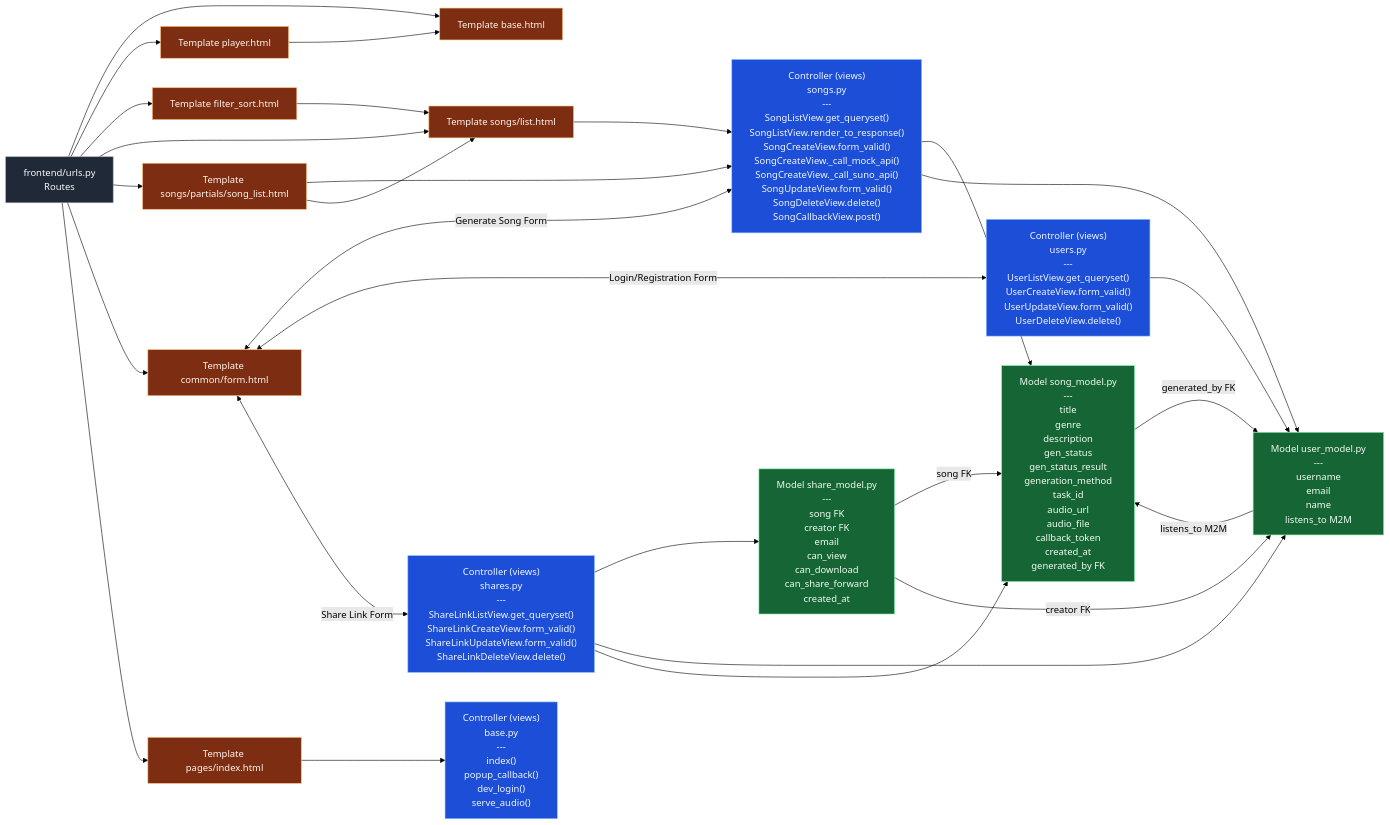
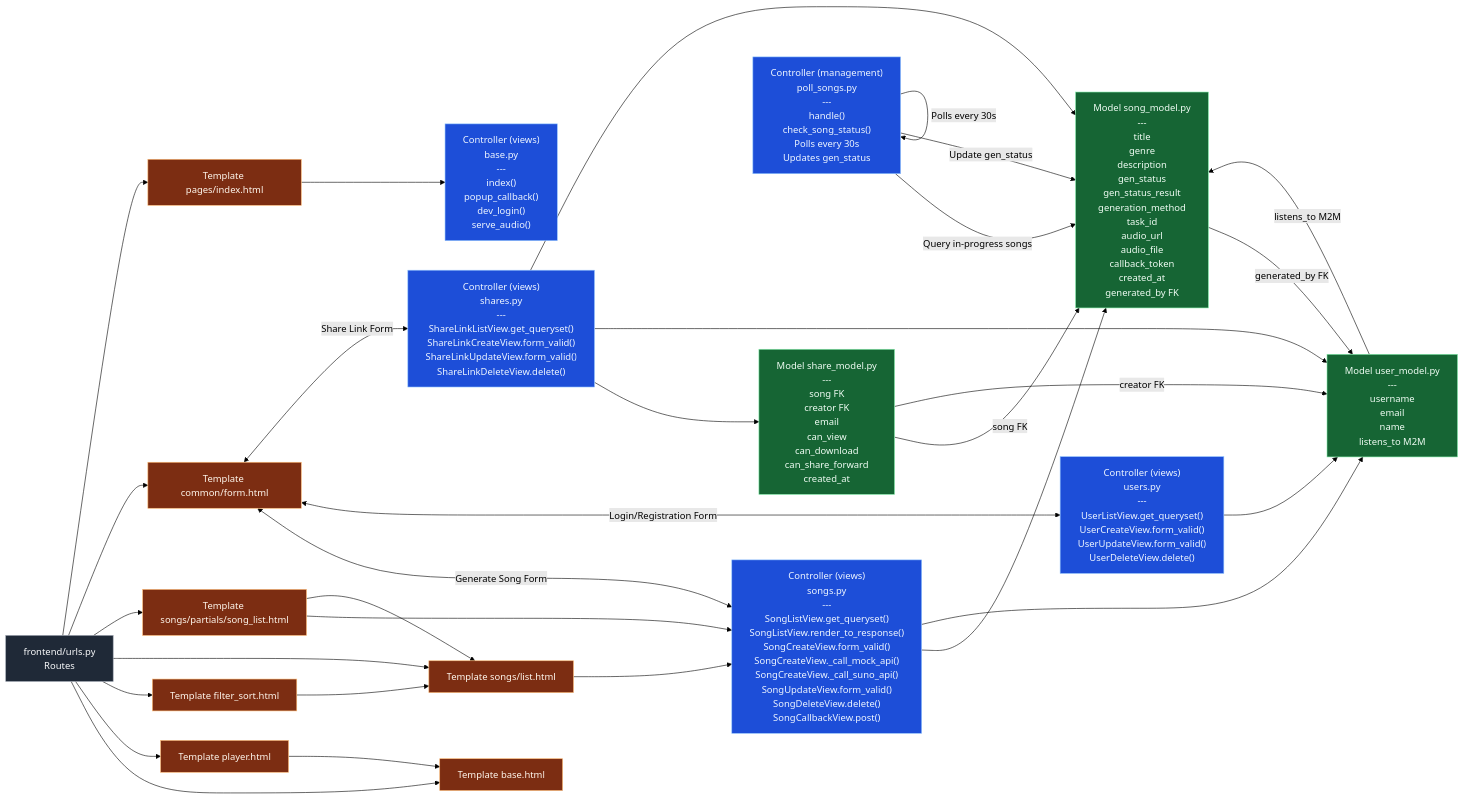
Before and after one commit to taamtera/musicprojectdjango: the diagram in README.md, drawn with Mermaid (forest theme).

````diff
--- a/README.md
+++ b/README.md
@@ -76,72 +76,76 @@
 ```mermaid
 flowchart LR
    %% Route Layer
    U["frontend/urls.py<br/>Routes"]
 
    %% View/Controller Layer
    VB["Controller (views)<br/>base.py<br/>---<br/>index()<br/>popup_callback()<br/>dev_login()<br/>serve_audio()"]
    VS["Controller (views)<br/>songs.py<br/>---<br/>SongListView.get_queryset()<br/>SongListView.render_to_response()<br/>SongCreateView.form_valid()<br/>SongCreateView._call_mock_api()<br/>SongCreateView._call_suno_api()<br/>SongUpdateView.form_valid()<br/>SongDeleteView.delete()<br/>SongCallbackView.post()"]
    VU["Controller (views)<br/>users.py<br/>---<br/>UserListView.get_queryset()<br/>UserCreateView.form_valid()<br/>UserUpdateView.form_valid()<br/>UserDeleteView.delete()"]
    VSH["Controller (views)<br/>shares.py<br/>---<br/>ShareLinkListView.get_queryset()<br/>ShareLinkCreateView.form_valid()<br/>ShareLinkUpdateView.form_valid()<br/>ShareLinkDeleteView.delete()"]
+   VP["Controller (management)<br/>poll_songs.py<br/>---<br/>handle()<br/>check_song_status()<br/>Polls every 30s<br/>Updates gen_status"]
 
    %% Model Layer
    MU["Model user_model.py<br/>---<br/>username<br/>email<br/>name<br/>listens_to M2M"]
    MS["Model song_model.py<br/>---<br/>title<br/>genre<br/>description<br/>gen_status<br/>gen_status_result<br/>generation_method<br/>task_id<br/>audio_url<br/>audio_file<br/>callback_token<br/>created_at<br/>generated_by FK"]
    MSL["Model share_model.py<br/>---<br/>song FK<br/>creator FK<br/>email<br/>can_view<br/>can_download<br/>can_share_forward<br/>created_at"]
 
    %% Template Layer
    TB["Template base.html"]
    TP["Template player.html"]
    TF["Template filter_sort.html"]
    TL["Template songs/list.html"]
    TLP["Template songs/partials/song_list.html"]
    TFORM["Template common/form.html"]
    TINDEX["Template pages/index.html"]
 
    %% Route to templates
    U --> TB
    U --> TP
    U --> TF
    U --> TL
    U --> TLP
    U --> TFORM
    U --> TINDEX
 
    %% View to models
    VS --> MS
    VS --> MU
    VU --> MU
    VSH --> MSL
    VSH --> MU
    VSH --> MS
+   VP -->|Query in-progress songs| MS
+   VP -->|Update gen_status| MS
+   VP -->|Polls every 30s| VP
 
    %% Model relations
    MU -->|listens_to M2M| MS
    MS -->|generated_by FK| MU
    MSL -->|song FK| MS
    MSL -->|creator FK| MU
 
    %% Template to views
    TINDEX --> VB 
    TL --> VS 
    TLP --> VS 
    TFORM <--> |Generate Song Form| VS 
    TFORM <--> |Login/Registration Form| VU 
    TFORM <--> |Share Link Form| VSH 
 
    %% Template composition
    TF --> TL
    TLP --> TL
    TP --> TB
 
    %% Color coding: M / V / T (+ routes)
    classDef route fill:#1f2937,stroke:#9ca3af,color:#f9fafb,stroke-width:1px;
    classDef view fill:#1d4ed8,stroke:#93c5fd,color:#eff6ff,stroke-width:1px;
    classDef model fill:#166534,stroke:#86efac,color:#f0fdf4,stroke-width:1px;
    classDef template fill:#7c2d12,stroke:#fdba74,color:#fff7ed,stroke-width:1px;
 
    class U route;
-   class VB,VS,VU,VSH view;
+   class VB,VS,VU,VSH,VP view;
    class MU,MS,MSL model;
    class TB,TP,TF,TL,TLP,TFORM,TINDEX template;
 ```
````
